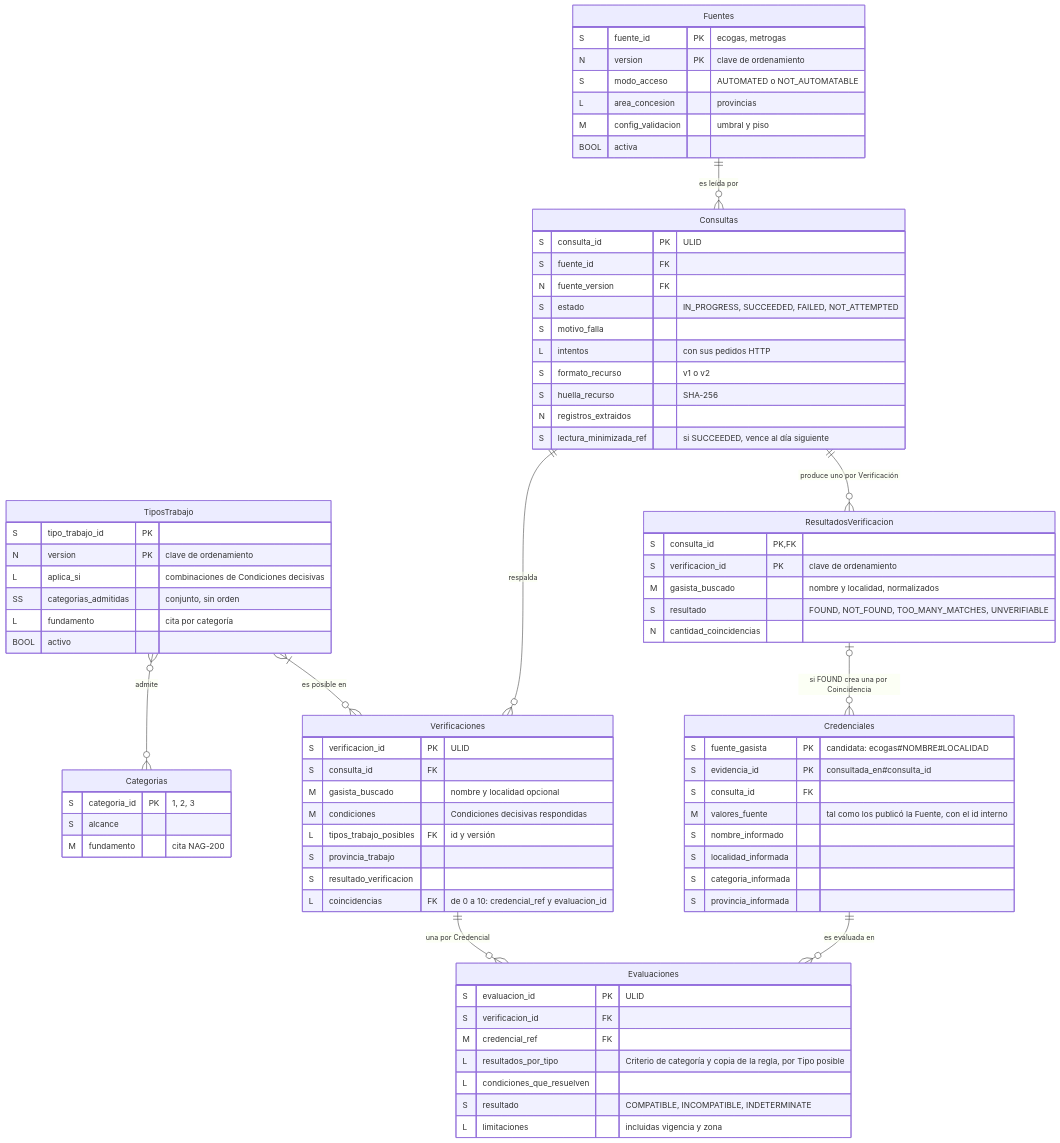
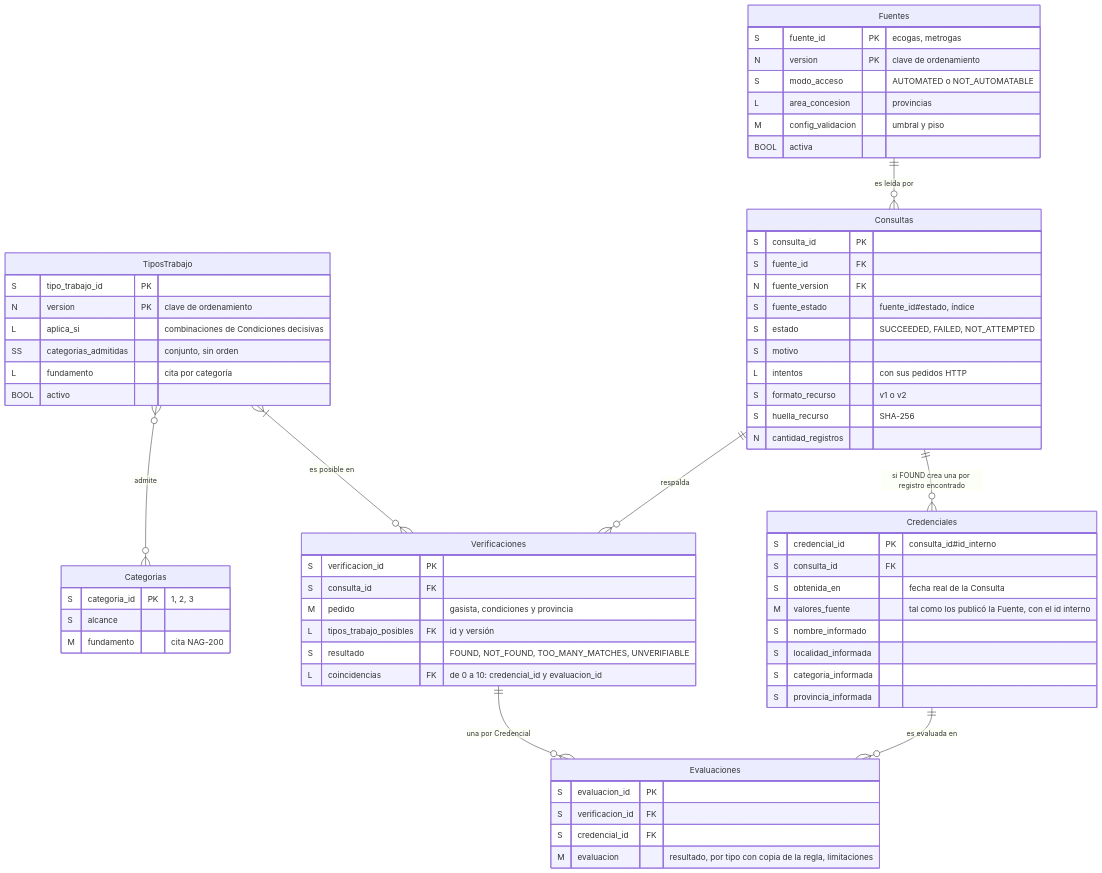
The first of 2 diagrams in database/README.md (IvanDaniliuk01/MatriculAR), drawn with Mermaid before and after one commit. The commit also changed other lines of this file and 54 other files, not shown here.

````diff
--- a/database/README.md
+++ b/database/README.md
@@ -73,81 +73,68 @@
 ```mermaid
 erDiagram
     Fuentes {
         S fuente_id PK "ecogas, metrogas"
         N version PK "clave de ordenamiento"
         S modo_acceso "AUTOMATED o NOT_AUTOMATABLE"
         L area_concesion "provincias"
         M config_validacion "umbral y piso"
         BOOL activa
     }
     Categorias {
         S categoria_id PK "1, 2, 3"
         S alcance
         M fundamento "cita NAG-200"
     }
     TiposTrabajo {
         S tipo_trabajo_id PK
         N version PK "clave de ordenamiento"
         L aplica_si "combinaciones de Condiciones decisivas"
         SS categorias_admitidas "conjunto, sin orden"
         L fundamento "cita por categoría"
         BOOL activo
     }
     Consultas {
-        S consulta_id PK "ULID"
+        S consulta_id PK
         S fuente_id FK
         N fuente_version FK
-        S estado "IN_PROGRESS, SUCCEEDED, FAILED, NOT_ATTEMPTED"
-        S motivo_falla
+        S fuente_estado "fuente_id#estado, índice"
+        S estado "SUCCEEDED, FAILED, NOT_ATTEMPTED"
+        S motivo
         L intentos "con sus pedidos HTTP"
         S formato_recurso "v1 o v2"
         S huella_recurso "SHA-256"
-        N registros_extraidos
-        S lectura_minimizada_ref "si SUCCEEDED, vence al día siguiente"
-    }
-    ResultadosVerificacion {
-        S consulta_id PK, FK
-        S verificacion_id PK "clave de ordenamiento"
-        M gasista_buscado "nombre y localidad, normalizados"
-        S resultado "FOUND, NOT_FOUND, TOO_MANY_MATCHES, UNVERIFIABLE"
-        N cantidad_coincidencias
+        N cantidad_registros
     }
     Credenciales {
-        S fuente_gasista PK "candidata: ecogas#NOMBRE#LOCALIDAD"
-        S evidencia_id PK "consultada_en#consulta_id"
+        S credencial_id PK "consulta_id#id_interno"
         S consulta_id FK
+        S obtenida_en "fecha real de la Consulta"
         M valores_fuente "tal como los publicó la Fuente, con el id interno"
         S nombre_informado
         S localidad_informada
         S categoria_informada
         S provincia_informada
     }
     Verificaciones {
-        S verificacion_id PK "ULID"
+        S verificacion_id PK
         S consulta_id FK
-        M gasista_buscado "nombre y localidad opcional"
-        M condiciones "Condiciones decisivas respondidas"
+        M pedido "gasista, condiciones y provincia"
         L tipos_trabajo_posibles FK "id y versión"
-        S provincia_trabajo
-        S resultado_verificacion
-        L coincidencias FK "de 0 a 10: credencial_ref y evaluacion_id"
+        S resultado "FOUND, NOT_FOUND, TOO_MANY_MATCHES, UNVERIFIABLE"
+        L coincidencias FK "de 0 a 10: credencial_id y evaluacion_id"
     }
     Evaluaciones {
-        S evaluacion_id PK "ULID"
+        S evaluacion_id PK
         S verificacion_id FK
-        M credencial_ref FK
-        L resultados_por_tipo "Criterio de categoría y copia de la regla, por Tipo posible"
-        L condiciones_que_resuelven
-        S resultado "COMPATIBLE, INCOMPATIBLE, INDETERMINATE"
-        L limitaciones "incluidas vigencia y zona"
+        S credencial_id FK
+        M evaluacion "resultado, por tipo con copia de la regla, limitaciones"
     }
 
     Fuentes ||--o{ Consultas : "es leída por"
-    Consultas ||--o{ ResultadosVerificacion : "produce uno por Verificación"
-    ResultadosVerificacion |o--o{ Credenciales : "si FOUND crea una por Coincidencia"
+    Consultas ||--o{ Credenciales : "si FOUND crea una por registro encontrado"
     Consultas ||--o{ Verificaciones : "respalda"
     TiposTrabajo }|--o{ Verificaciones : "es posible en"
     Verificaciones ||--o{ Evaluaciones : "una por Credencial"
     Credenciales ||--o{ Evaluaciones : "es evaluada en"
     TiposTrabajo }o--o{ Categorias : "admite"
 ```
````
